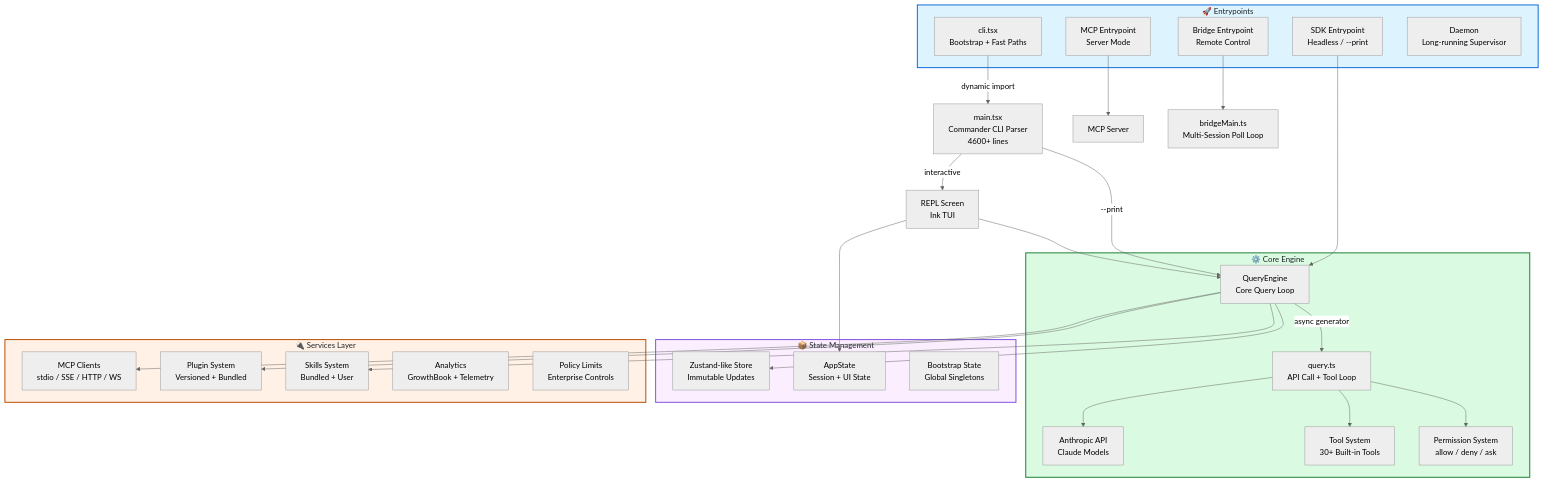
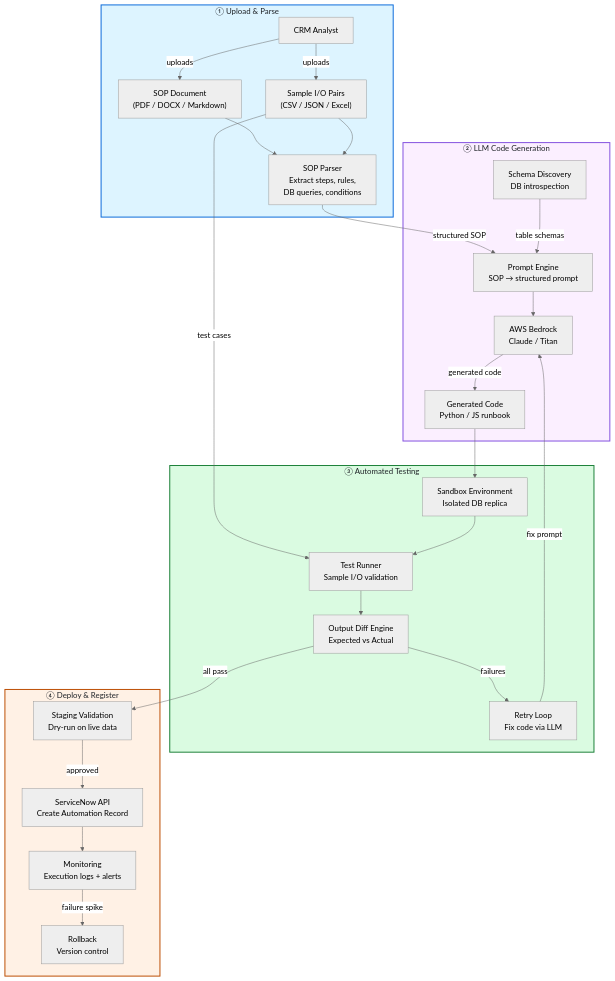
The first of 12 diagrams in README.md (KiZamaDo/KiZamaDo.github.io), drawn with Mermaid (neutral theme) before and after one commit. The commit also changed other lines of this file, not shown here.

```diff
--- a/README.md
+++ b/README.md
@@ -106,52 +141,57 @@
   <div class="mermaid">
 graph TB
-    subgraph Entrypoints["🚀 Entrypoints"]
-        CLI["cli.tsx<br/>Bootstrap + Fast Paths"]
-        SDK["SDK Entrypoint<br/>Headless / --print"]
-        MCP_EP["MCP Entrypoint<br/>Server Mode"]
-        BRIDGE_EP["Bridge Entrypoint<br/>Remote Control"]
-        DAEMON["Daemon<br/>Long-running Supervisor"]
+    subgraph Upload["① Upload & Parse"]
+        USER["CRM Analyst"]
+        SOP["SOP Document<br/>(PDF / DOCX / Markdown)"]
+        SAMPLES["Sample I/O Pairs<br/>(CSV / JSON / Excel)"]
+        PARSER["SOP Parser<br/>Extract steps, rules,<br/>DB queries, conditions"]
     end
 
-    CLI -->|"dynamic import"| MAIN["main.tsx<br/>Commander CLI Parser<br/>4600+ lines"]
-    SDK --> QE
-    MCP_EP --> MCP_SRV["MCP Server"]
-
-    MAIN -->|interactive| REPL["REPL Screen<br/>Ink TUI"]
-    MAIN -->|"--print"| QE["QueryEngine<br/>Core Query Loop"]
-
-    REPL --> QE
-    BRIDGE_EP --> BRIDGE_MAIN["bridgeMain.ts<br/>Multi-Session Poll Loop"]
-
-    subgraph Core["⚙️ Core Engine"]
-        QE -->|"async generator"| QUERY["query.ts<br/>API Call + Tool Loop"]
-        QUERY --> CLAUDE_API["Anthropic API<br/>Claude Models"]
-        QUERY --> TOOLS["Tool System<br/>30+ Built-in Tools"]
-        QUERY --> PERMS["Permission System<br/>allow / deny / ask"]
+    subgraph Generate["② LLM Code Generation"]
+        BEDROCK["AWS Bedrock<br/>Claude / Titan"]
+        PROMPT_ENG["Prompt Engine<br/>SOP → structured prompt"]
+        CODE_GEN["Generated Code<br/>Python / JS runbook"]
+        SCHEMA_DISC["Schema Discovery<br/>DB introspection"]
     end
 
-    subgraph State["📦 State Management"]
-        STORE["Zustand-like Store<br/>Immutable Updates"]
-        APP_STATE["AppState<br/>Session + UI State"]
-        BOOTSTRAP["Bootstrap State<br/>Global Singletons"]
+    subgraph Test["③ Automated Testing"]
+        SANDBOX["Sandbox Environment<br/>Isolated DB replica"]
+        RUNNER["Test Runner<br/>Sample I/O validation"]
+        DIFF["Output Diff Engine<br/>Expected vs Actual"]
+        RETRY["Retry Loop<br/>Fix code via LLM"]
     end
 
-    subgraph Services["🔌 Services Layer"]
-        MCP_CLIENT["MCP Clients<br/>stdio / SSE / HTTP / WS"]
-        PLUGINS["Plugin System<br/>Versioned + Bundled"]
-        SKILLS["Skills System<br/>Bundled + User"]
-        ANALYTICS["Analytics<br/>GrowthBook + Telemetry"]
-        POLICY["Policy Limits<br/>Enterprise Controls"]
+    subgraph Deploy["④ Deploy & Register"]
+        STAGING["Staging Validation<br/>Dry-run on live data"]
+        SNOW["ServiceNow API<br/>Create Automation Record"]
+        MONITOR["Monitoring<br/>Execution logs + alerts"]
+        ROLLBACK["Rollback<br/>Version control"]
     end
 
-    QE --> STORE
-    QE --> MCP_CLIENT
-    QE --> PLUGINS
-    QE --> SKILLS
-    REPL --> APP_STATE
+    USER -->|"uploads"| SOP
+    USER -->|"uploads"| SAMPLES
+    SOP --> PARSER
+    SAMPLES --> PARSER
 
-    style Entrypoints fill:#ddf4ff,stroke:#0969da,stroke-width:2px,color:#1f2328
-    style Core fill:#dafbe1,stroke:#1a7f37,stroke-width:2px,color:#1f2328
-    style State fill:#fbefff,stroke:#8250df,stroke-width:2px,color:#1f2328
-    style Services fill:#fff1e5,stroke:#bc4c00,stroke-width:2px,color:#1f2328
+    PARSER -->|"structured SOP"| PROMPT_ENG
+    PROMPT_ENG --> BEDROCK
+    SCHEMA_DISC -->|"table schemas"| PROMPT_ENG
+    BEDROCK -->|"generated code"| CODE_GEN
+
+    CODE_GEN --> SANDBOX
+    SAMPLES -->|"test cases"| RUNNER
+    SANDBOX --> RUNNER
+    RUNNER --> DIFF
+    DIFF -->|"failures"| RETRY
+    RETRY -->|"fix prompt"| BEDROCK
+    DIFF -->|"all pass"| STAGING
+
+    STAGING -->|"approved"| SNOW
+    SNOW --> MONITOR
+    MONITOR -->|"failure spike"| ROLLBACK
+
+    style Upload fill:#ddf4ff,stroke:#0969da,stroke-width:2px,color:#1f2328
+    style Generate fill:#fbefff,stroke:#8250df,stroke-width:2px,color:#1f2328
+    style Test fill:#dafbe1,stroke:#1a7f37,stroke-width:2px,color:#1f2328
+    style Deploy fill:#fff1e5,stroke:#bc4c00,stroke-width:2px,color:#1f2328
   </div>
```
